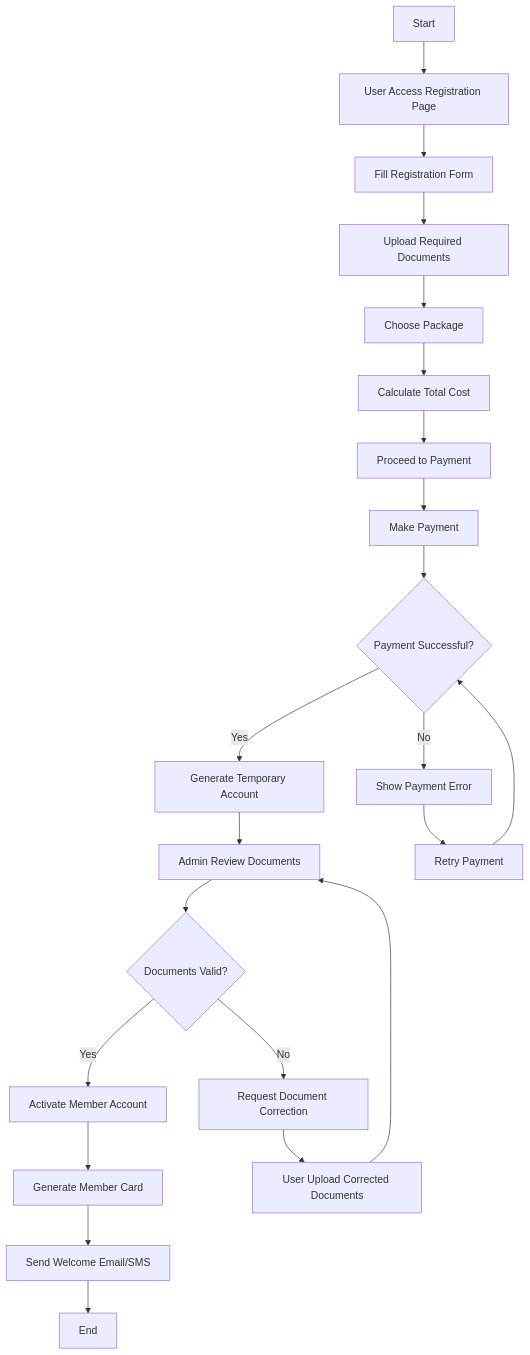
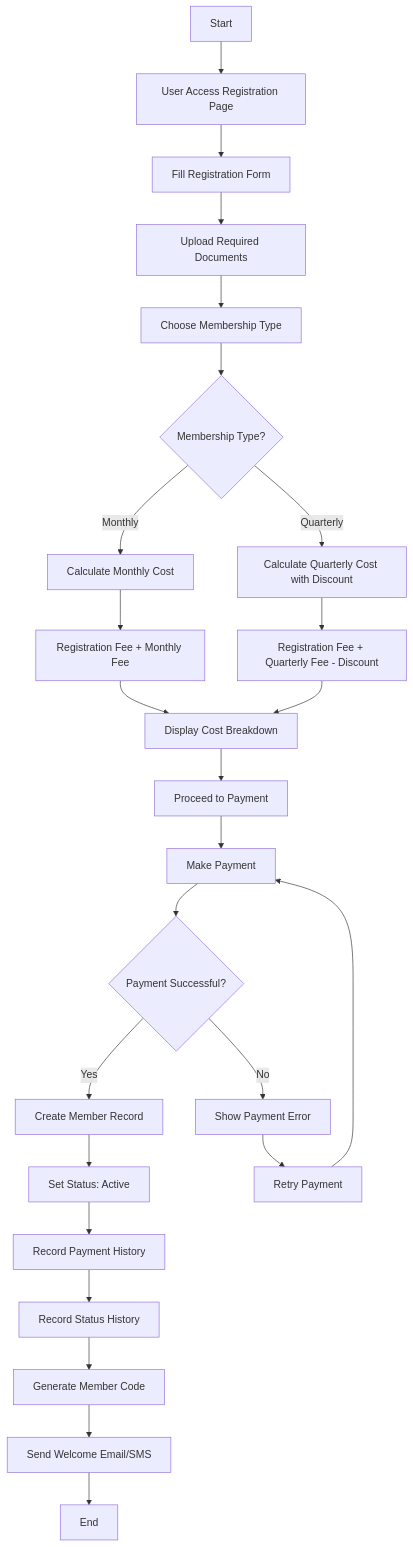
Diagram 18 of 50 in Planing/06-uml-diagrams.md (BlackCoffeee/raujan_pool), drawn with Mermaid before and after one commit. The commit also changed other lines of this file, not shown here.

````diff
--- a/Planing/06-uml-diagrams.md
+++ b/Planing/06-uml-diagrams.md
@@ -1348,24 +1467,27 @@
 ```mermaid
 flowchart TD
     A[Start] --> B[User Access Registration Page]
     B --> C[Fill Registration Form]
     C --> D[Upload Required Documents]
-    D --> E[Choose Package]
-    E --> F[Calculate Total Cost]
-    F --> G[Proceed to Payment]
-    G --> H[Make Payment]
-    H --> I{Payment Successful?}
-    I -->|Yes| J[Generate Temporary Account]
-    I -->|No| K[Show Payment Error]
-    K --> L[Retry Payment]
-    L --> I
-    J --> M[Admin Review Documents]
-    M --> N{Documents Valid?}
-    N -->|Yes| O[Activate Member Account]
-    N -->|No| P[Request Document Correction]
-    P --> Q[User Upload Corrected Documents]
+    D --> E[Choose Membership Type]
+    E --> F{Membership Type?}
+    F -->|Monthly| G[Calculate Monthly Cost]
+    F -->|Quarterly| H[Calculate Quarterly Cost with Discount]
+    G --> I[Registration Fee + Monthly Fee]
+    H --> J[Registration Fee + Quarterly Fee - Discount]
+    I --> K[Display Cost Breakdown]
+    J --> K
+    K --> L[Proceed to Payment]
+    L --> M[Make Payment]
+    M --> N{Payment Successful?}
+    N -->|Yes| O[Create Member Record]
+    N -->|No| P[Show Payment Error]
+    P --> Q[Retry Payment]
     Q --> M
-    O --> R[Generate Member Card]
-    R --> S[Send Welcome Email/SMS]
-    S --> T[End]
+    O --> R[Set Status: Active]
+    R --> S[Record Payment History]
+    S --> T[Record Status History]
+    T --> U[Generate Member Code]
+    U --> V[Send Welcome Email/SMS]
+    V --> W[End]
 ```
````
